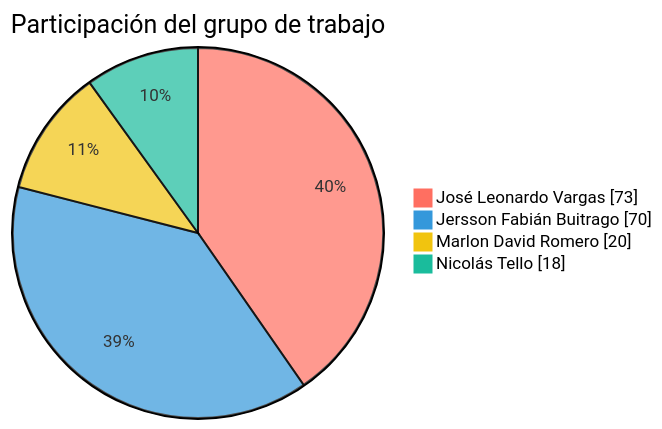
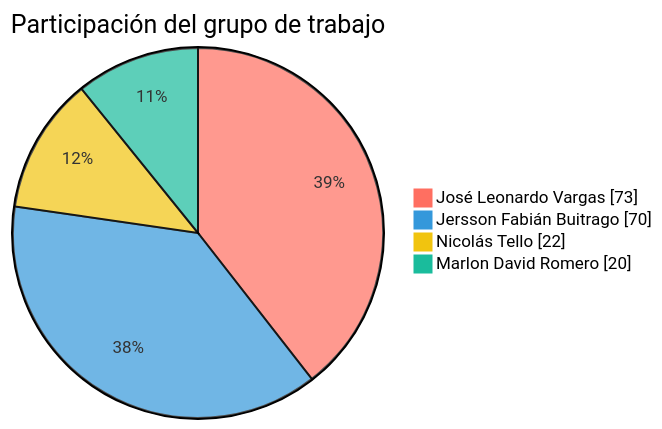
One commit to FarmaExpres/FarmaExpres changed the first of 2 diagrams in README.md. Above: the diagram before and after it, drawn with Mermaid. The commit also changed other lines of this file and 1 other file, not shown here.

````diff
--- a/README.md
+++ b/README.md
@@ -314,9 +314,9 @@
 ```mermaid
 %%{init: {"themeVariables": {"pie1": "#ff6f61", "pie2": "#3498db", "pie3": "#f1c40f", "pie4": "#1abc9c", "pieLabelColor": "#000000", "pieLabelFontSize": "24px", "pieLabelFontWeight": "700"}}}%%
 pie showData
     title Participación del grupo de trabajo
     "José Leonardo Vargas" : 73
     "Jersson Fabián Buitrago" : 70
+    "Nicolás Tello" : 22
     "Marlon David Romero" : 20
-    "Nicolás Tello" : 18
 ```
````
